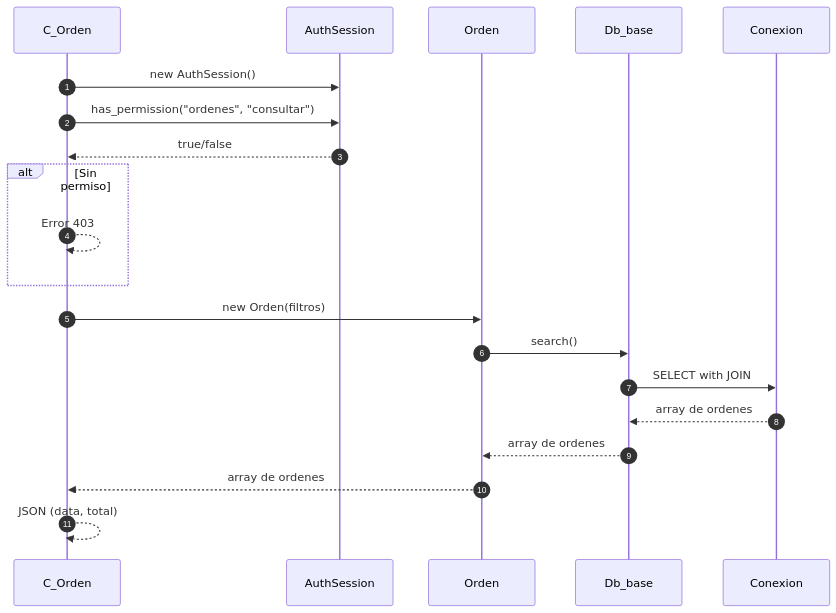
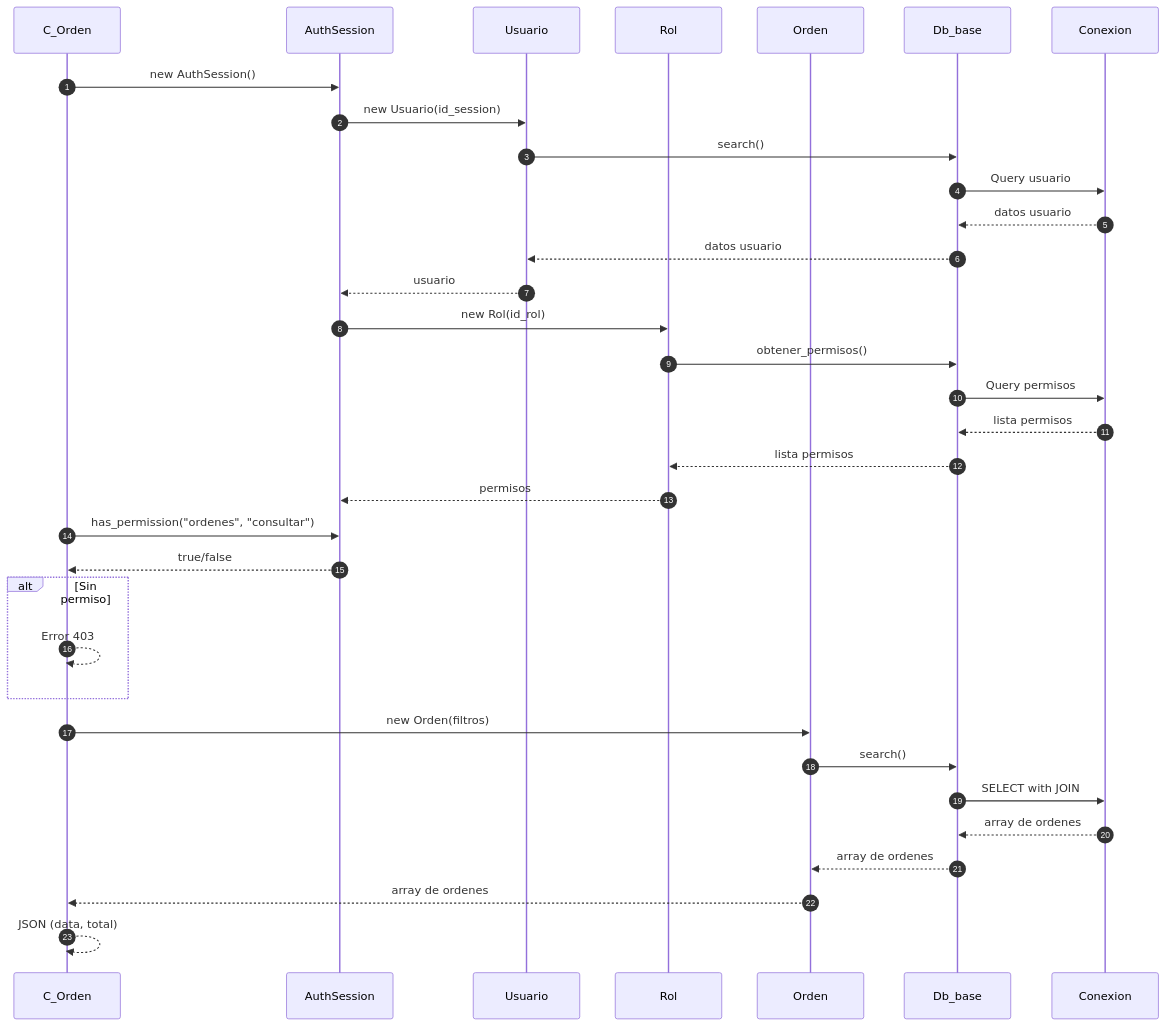
Before and after one commit to Tecrato/BurgerHouse: the second of 4 diagrams in docs/secuencia/ordenes/agregar_orden.md, drawn with Mermaid. The commit also changed other lines of this file and 13 other files, not shown here.

First line of the commit message:
diagramas actualizaos

````diff
--- a/docs/secuencia/ordenes/agregar_orden.md
+++ b/docs/secuencia/ordenes/agregar_orden.md
@@ -150,27 +150,42 @@
 ```mermaid
 sequenceDiagram
     autonumber
     participant C_Orden as C_Orden
     participant AuthSession as AuthSession
+    participant Usuario as Usuario
+    participant Rol as Rol
     participant Orden as Orden
     participant Db_base as Db_base
     participant Conexion as Conexion
     
     C_Orden->>AuthSession: new AuthSession()
+    AuthSession->>Usuario: new Usuario(id_session)
+    Usuario->>Db_base: search()
+    Db_base->>Conexion: Query usuario
+    Conexion-->>Db_base: datos usuario
+    Db_base-->>Usuario: datos usuario
+    Usuario-->>AuthSession: usuario
+    
+    AuthSession->>Rol: new Rol(id_rol)
+    Rol->>Db_base: obtener_permisos()
+    Db_base->>Conexion: Query permisos
+    Conexion-->>Db_base: lista permisos
+    Db_base-->>Rol: lista permisos
+    Rol-->>AuthSession: permisos
     
     C_Orden->>AuthSession: has_permission("ordenes", "consultar")
     AuthSession-->>C_Orden: true/false
     
     alt Sin permiso
         C_Orden-->>C_Orden: Error 403
     end
     
     C_Orden->>Orden: new Orden(filtros)
     Orden->>Db_base: search()
     Db_base->>Conexion: SELECT with JOIN
     Conexion-->>Db_base: array de ordenes
     Db_base-->>Orden: array de ordenes
     Orden-->>C_Orden: array de ordenes
     
     C_Orden-->>C_Orden: JSON (data, total)
 ```
````
